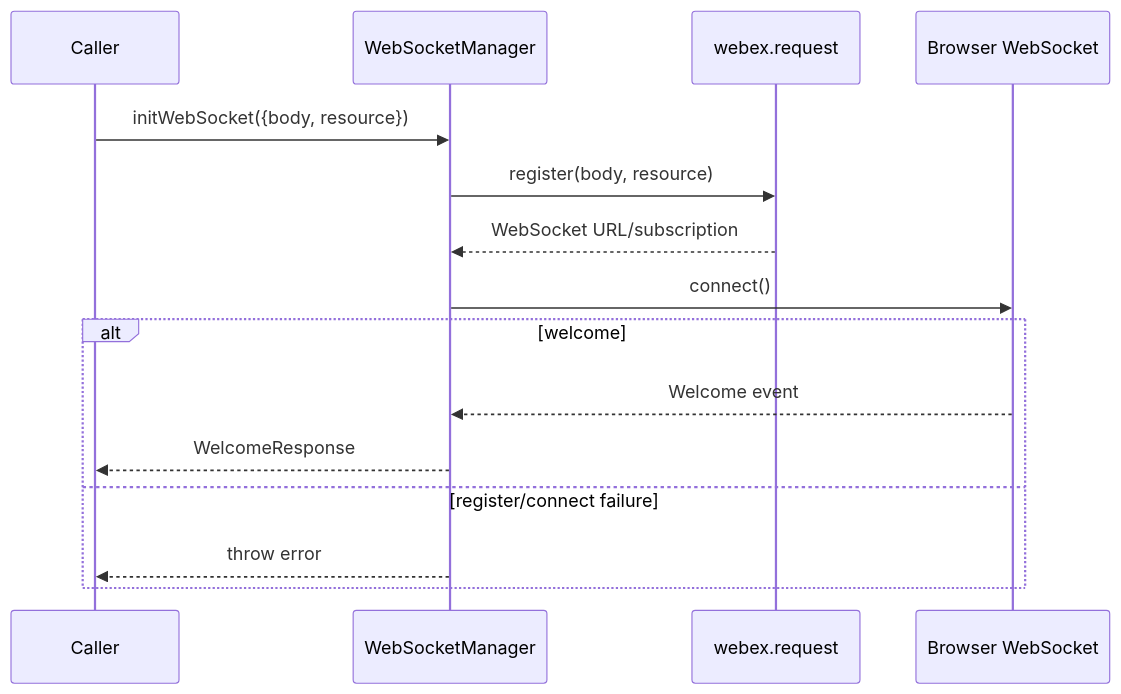
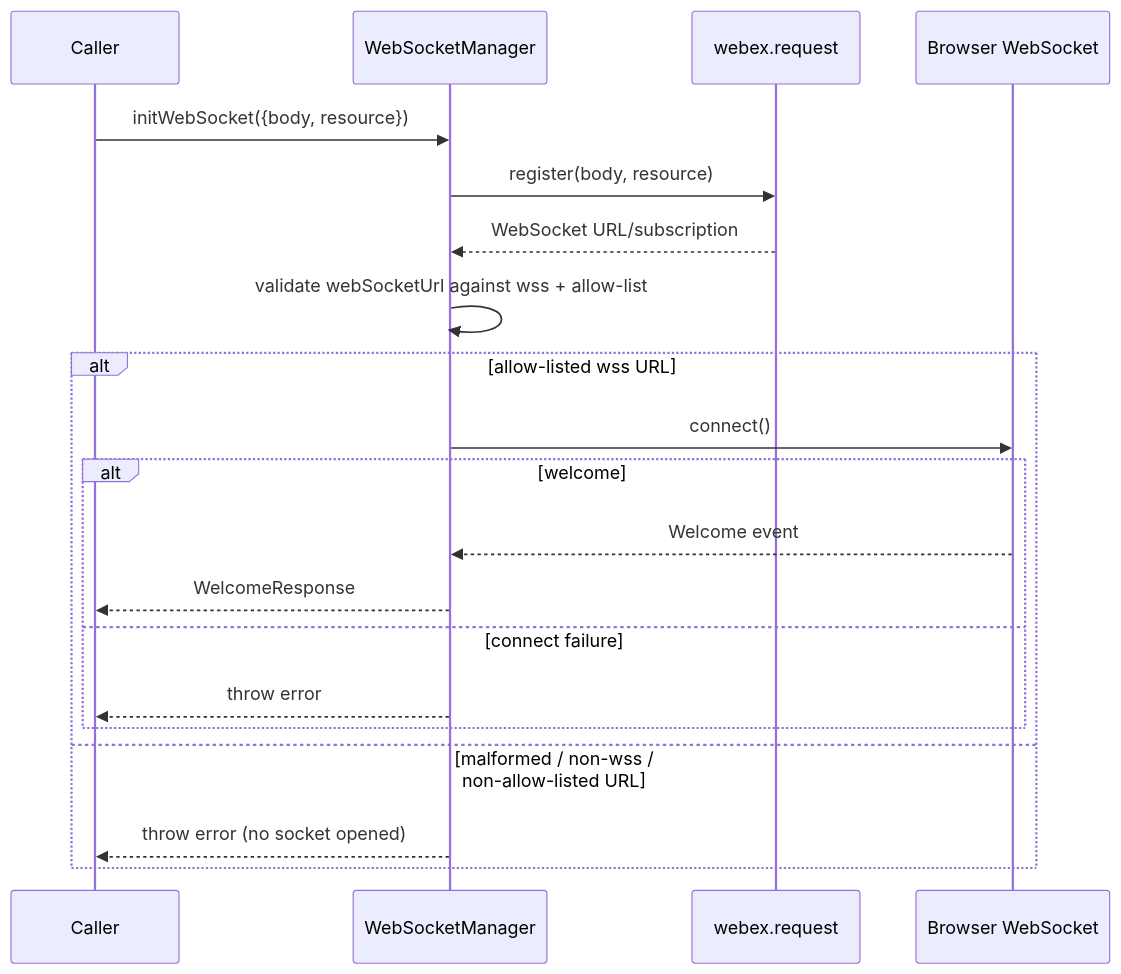
The fourth of 9 diagrams in packages/@webex/contact-center/src/services/core/ai-docs/core-spec.md (webex/webex-js-sdk), drawn with Mermaid before and after one commit. The commit also changed other lines of this file and 2 other files, not shown here.

````diff
--- a/packages/@webex/contact-center/src/services/core/ai-docs/core-spec.md
+++ b/packages/@webex/contact-center/src/services/core/ai-docs/core-spec.md
@@ -359,17 +360,22 @@
 ```mermaid
 sequenceDiagram
   participant Caller
   participant WSM as WebSocketManager
   participant Host as webex.request
   participant WS as Browser WebSocket
   Caller->>WSM: initWebSocket({body, resource})
   WSM->>Host: register(body, resource)
   Host-->>WSM: WebSocket URL/subscription
-  WSM->>WS: connect()
-  alt welcome
-    WS-->>WSM: Welcome event
-    WSM-->>Caller: WelcomeResponse
-  else register/connect failure
-    WSM-->>Caller: throw error
+  WSM->>WSM: validate webSocketUrl against wss + allow-list
+  alt allow-listed wss URL
+    WSM->>WS: connect()
+    alt welcome
+      WS-->>WSM: Welcome event
+      WSM-->>Caller: WelcomeResponse
+    else connect failure
+      WSM-->>Caller: throw error
+    end
+  else malformed / non-wss / non-allow-listed URL
+    WSM-->>Caller: throw error (no socket opened)
   end
 ```
````
